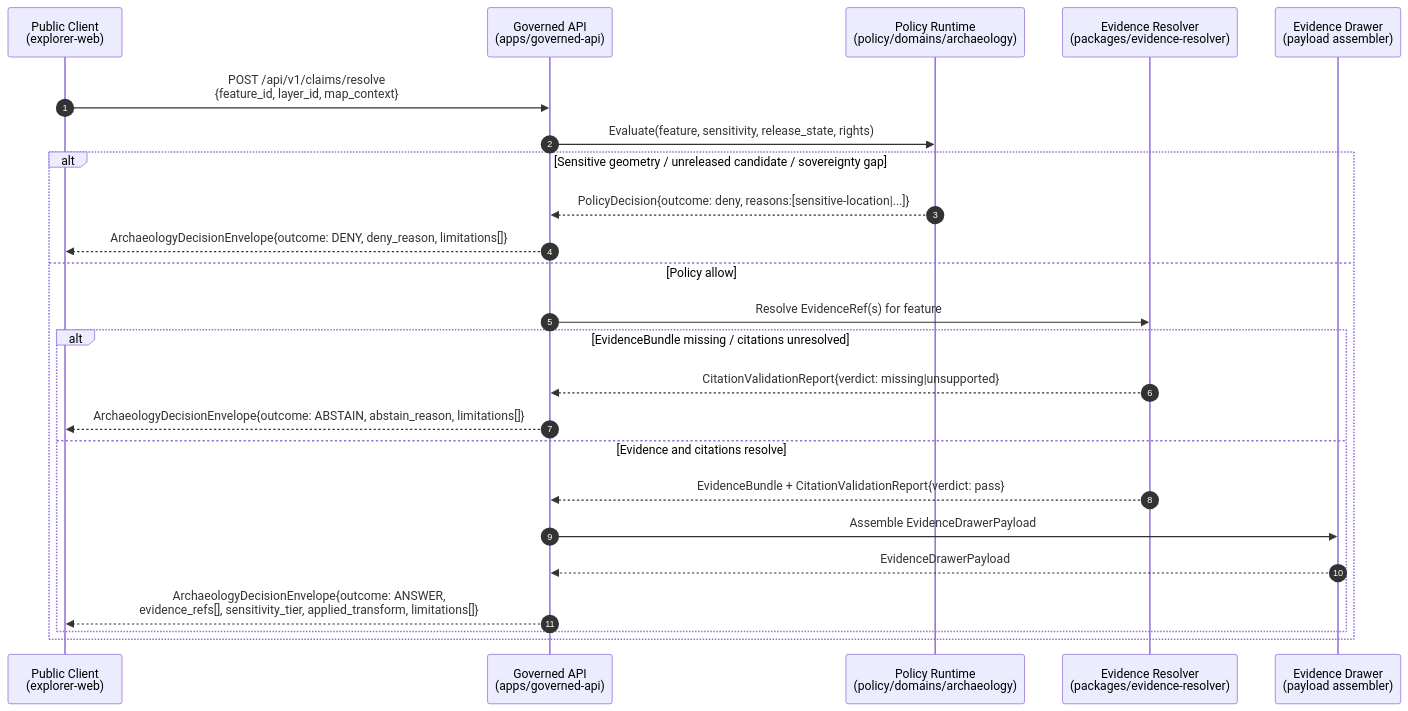
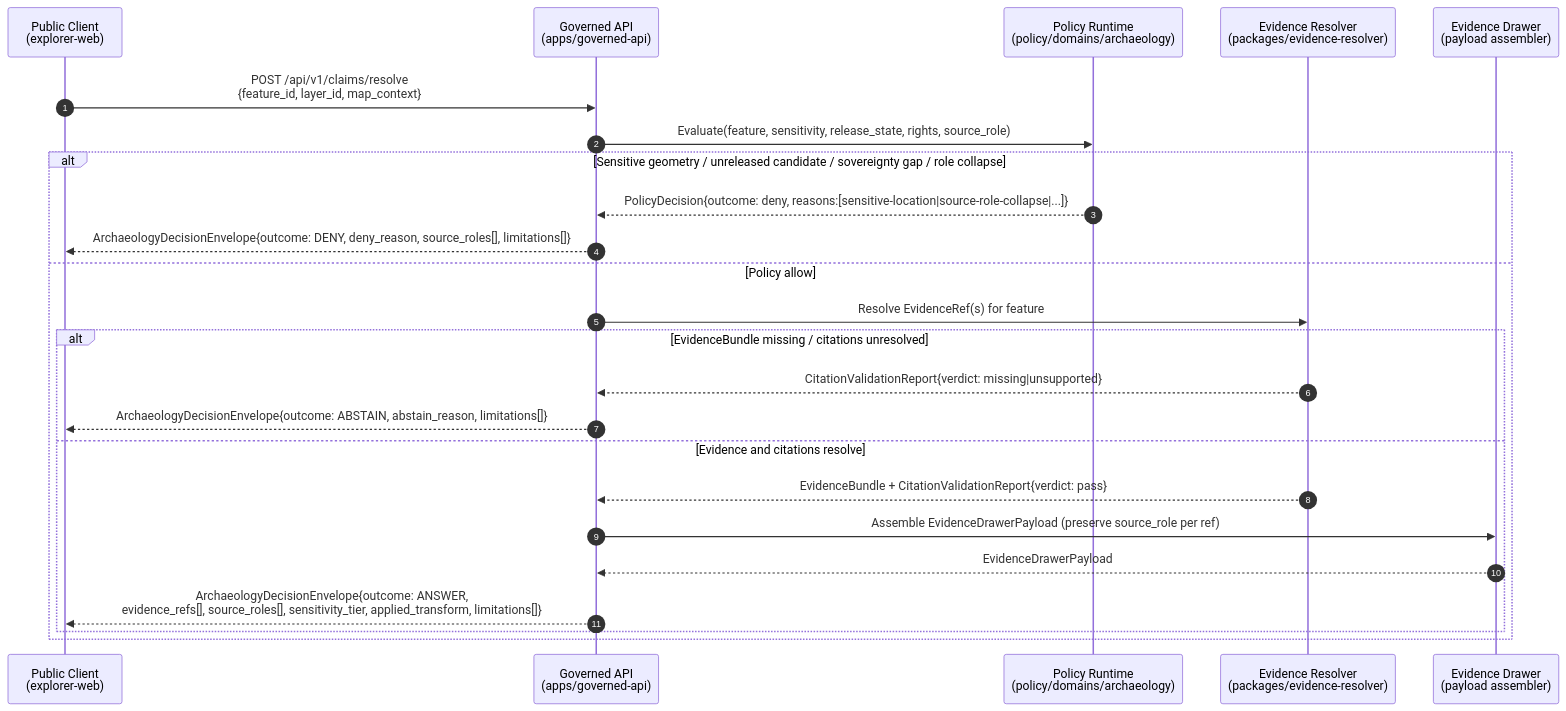
The diagram in docs/domains/archaeology/API_CONTRACTS.md (bartytime4life/Kansas-Frontier-Matrix), drawn with Mermaid before and after one commit. The commit also changed other lines of this file, not shown here.

````diff
--- a/docs/domains/archaeology/API_CONTRACTS.md
+++ b/docs/domains/archaeology/API_CONTRACTS.md
@@ -270,27 +327,27 @@
 ```mermaid
 sequenceDiagram
     autonumber
     participant Client as Public Client<br/>(explorer-web)
     participant API as Governed API<br/>(apps/governed-api)
     participant Policy as Policy Runtime<br/>(policy/domains/archaeology)
     participant Evidence as Evidence Resolver<br/>(packages/evidence-resolver)
     participant Drawer as Evidence Drawer<br/>(payload assembler)
 
     Client->>API: POST /api/v1/claims/resolve<br/>{feature_id, layer_id, map_context}
-    API->>Policy: Evaluate(feature, sensitivity, release_state, rights)
-    alt Sensitive geometry / unreleased candidate / sovereignty gap
-        Policy-->>API: PolicyDecision{outcome: deny, reasons:[sensitive-location|...]}
-        API-->>Client: ArchaeologyDecisionEnvelope{outcome: DENY, deny_reason, limitations[]}
+    API->>Policy: Evaluate(feature, sensitivity, release_state, rights, source_role)
+    alt Sensitive geometry / unreleased candidate / sovereignty gap / role collapse
+        Policy-->>API: PolicyDecision{outcome: deny, reasons:[sensitive-location|source-role-collapse|...]}
+        API-->>Client: ArchaeologyDecisionEnvelope{outcome: DENY, deny_reason, source_roles[], limitations[]}
     else Policy allow
         API->>Evidence: Resolve EvidenceRef(s) for feature
         alt EvidenceBundle missing / citations unresolved
             Evidence-->>API: CitationValidationReport{verdict: missing|unsupported}
             API-->>Client: ArchaeologyDecisionEnvelope{outcome: ABSTAIN, abstain_reason, limitations[]}
         else Evidence and citations resolve
             Evidence-->>API: EvidenceBundle + CitationValidationReport{verdict: pass}
-            API->>Drawer: Assemble EvidenceDrawerPayload
+            API->>Drawer: Assemble EvidenceDrawerPayload (preserve source_role per ref)
             Drawer-->>API: EvidenceDrawerPayload
-            API-->>Client: ArchaeologyDecisionEnvelope{outcome: ANSWER,<br/>evidence_refs[], sensitivity_tier, applied_transform, limitations[]}
+            API-->>Client: ArchaeologyDecisionEnvelope{outcome: ANSWER,<br/>evidence_refs[], source_roles[], sensitivity_tier, applied_transform, limitations[]}
         end
     end
 ```
````
